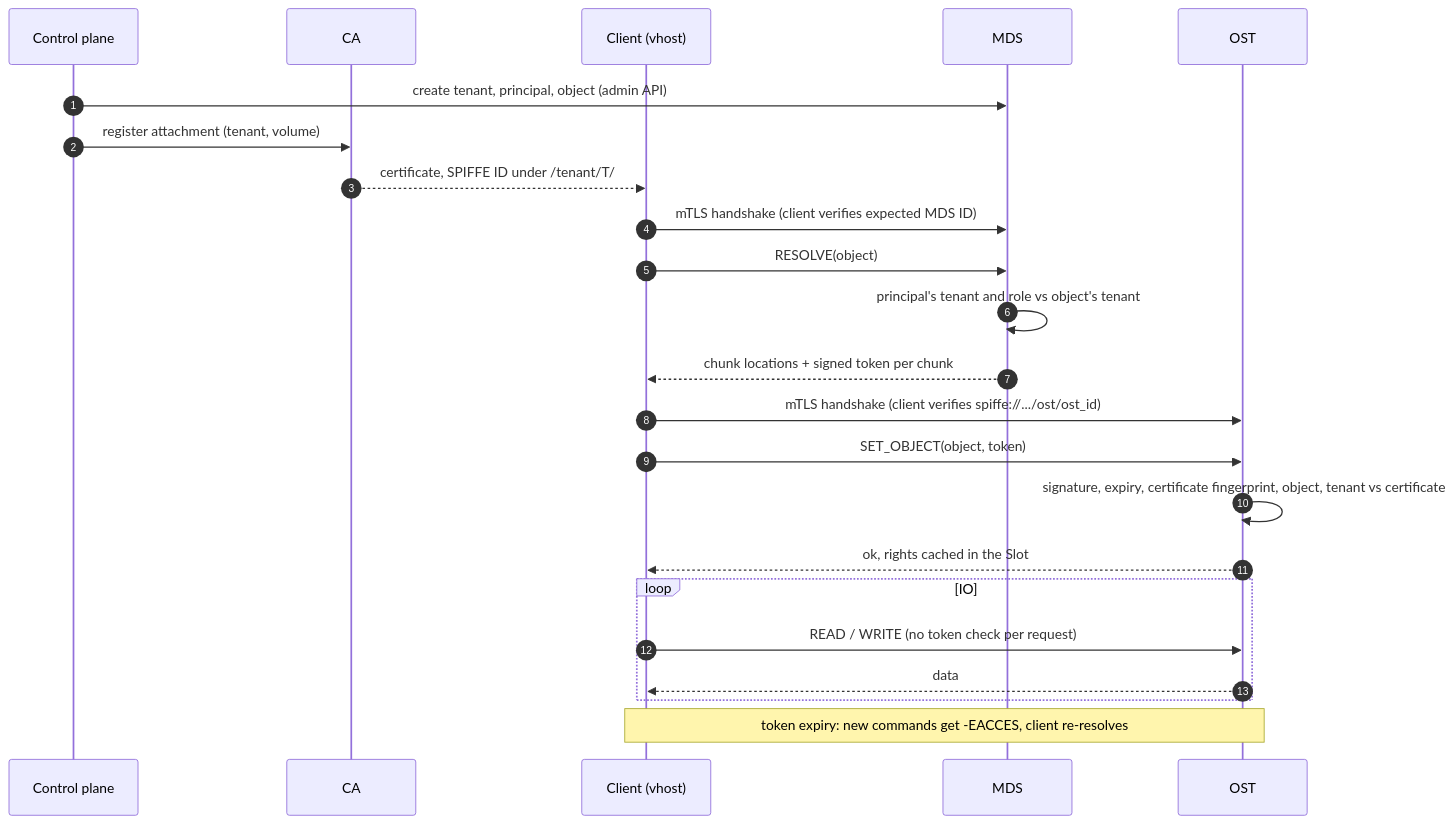
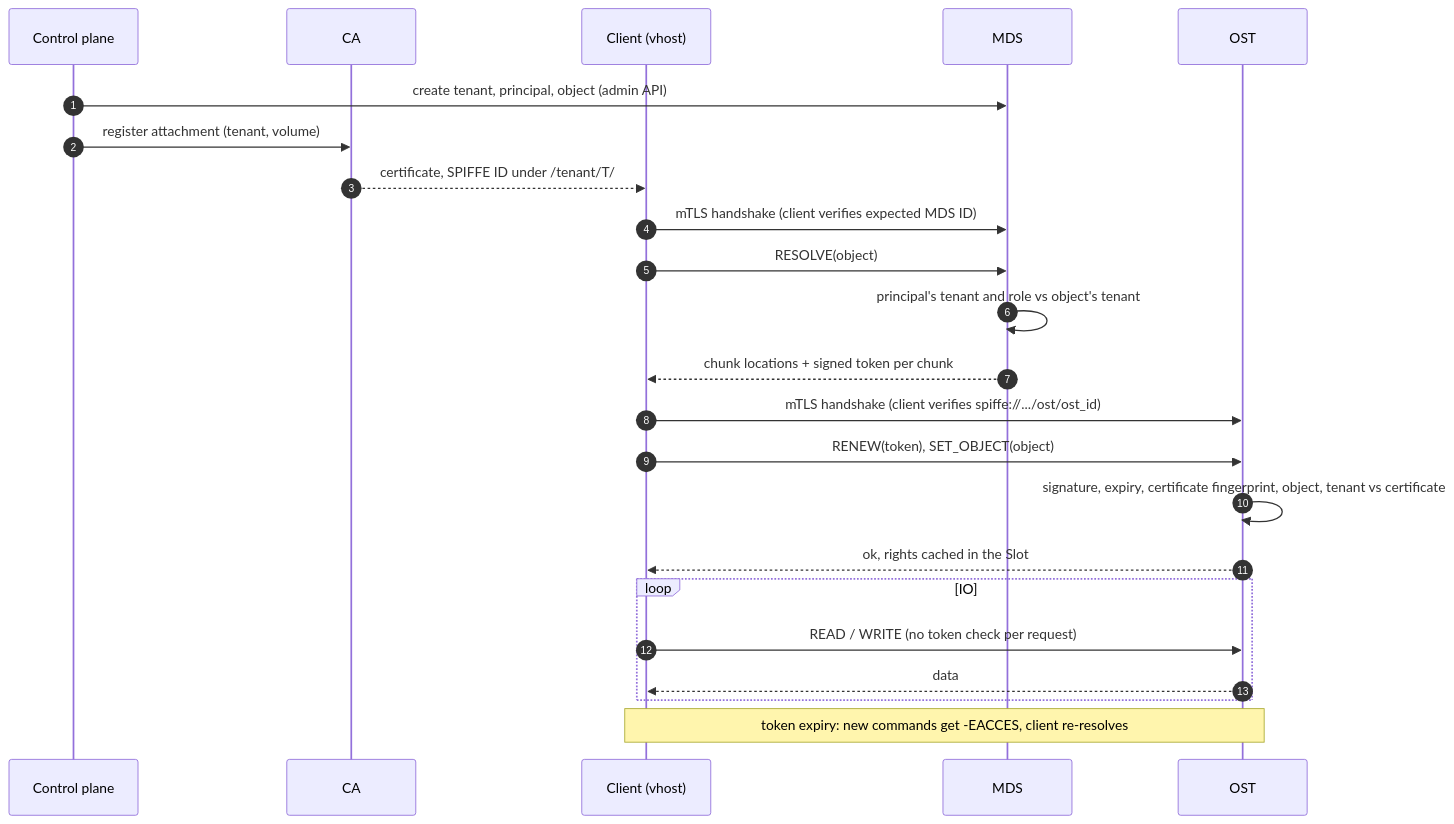
One commit to rawstor/librawstor changed the second of 4 diagrams in docs/security.md. Above: the diagram before and after it, drawn with Mermaid. The commit also changed other lines of this file and 48 other files, not shown here.

````diff
--- a/docs/security.md
+++ b/docs/security.md
@@ -311,26 +311,26 @@
 ```mermaid
 sequenceDiagram
     autonumber
     participant CP as Control plane
     participant CA as CA
     participant C as Client (vhost)
     participant M as MDS
     participant O as OST
 
     CP->>M: create tenant, principal, object (admin API)
     CP->>CA: register attachment (tenant, volume)
     CA-->>C: certificate, SPIFFE ID under /tenant/T/
     C->>M: mTLS handshake (client verifies expected MDS ID)
     C->>M: RESOLVE(object)
     M->>M: principal's tenant and role vs object's tenant
     M-->>C: chunk locations + signed token per chunk
     C->>O: mTLS handshake (client verifies spiffe://.../ost/ost_id)
-    C->>O: SET_OBJECT(object, token)
+    C->>O: RENEW(token), SET_OBJECT(object)
     O->>O: signature, expiry, certificate fingerprint, object, tenant vs certificate
     O-->>C: ok, rights cached in the Slot
     loop IO
         C->>O: READ / WRITE (no token check per request)
         O-->>C: data
     end
     Note over C,O: token expiry: new commands get -EACCES, client re-resolves
 ```
````
